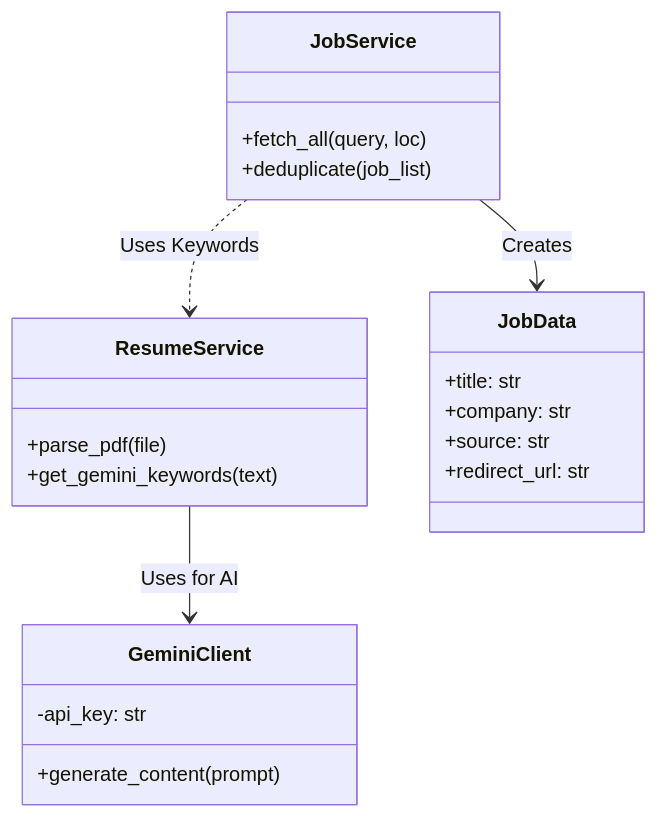
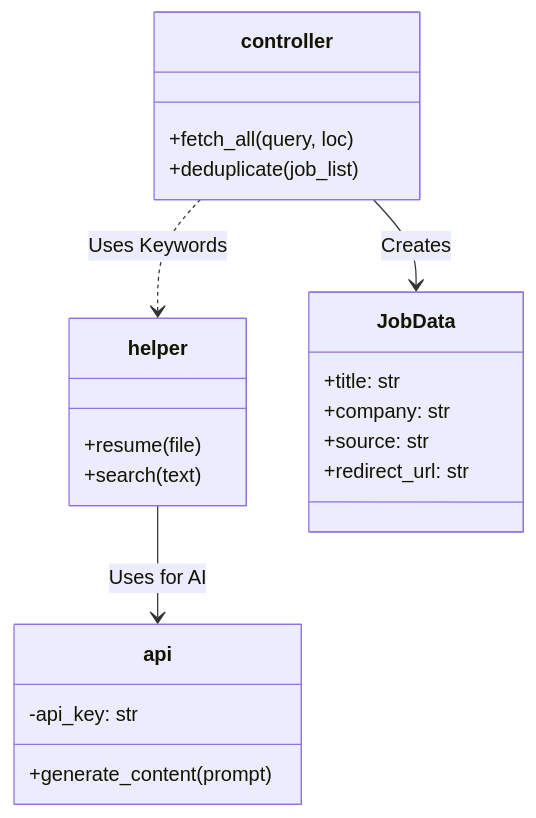
Before and after one commit to yashsingh3968/jobfinder: the diagram in design/component-class-diagram.md, drawn with Mermaid. The commit also changed 9 other files, not shown here.

````diff
--- a/design/component-class-diagram.md
+++ b/design/component-class-diagram.md
@@ -1,25 +1,25 @@
 ```mermaid
 classDiagram
-    class ResumeService {
-        +parse_pdf(file)
-        +get_gemini_keywords(text)
+    class helper {
+        +resume(file)
+        +search(text)
     }
-    class JobService {
+    class controller {
         +fetch_all(query, loc)
         +deduplicate(job_list)
     }
-    class GeminiClient {
+    class api {
         -api_key: str
         +generate_content(prompt)
     }
     class JobData {
         +title: str
         +company: str
         +source: str
         +redirect_url: str
     }
 
-    ResumeService --> GeminiClient : Uses for AI
-    JobService --> JobData : Creates
-    JobService ..> ResumeService : Uses Keywords
+    helper --> api : Uses for AI
+    controller --> JobData : Creates
+    controller ..> helper : Uses Keywords
 ```
````
